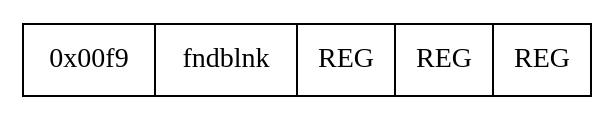
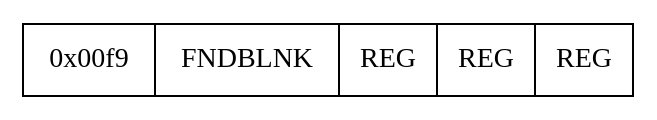
The diagram in docs/books/crexx_vm_spec/0x00f9.gv (adesutherland/CREXX), drawn with Graphviz before and after one commit. The commit also changed 528 other files, not shown here.

```diff
--- a/docs/books/crexx_vm_spec/0x00f9.gv
+++ b/docs/books/crexx_vm_spec/0x00f9.gv
@@ -1,4 +1,4 @@
 digraph regs {
 node[shape=record]
-struct1 [label="0x00f9|fndblnk    |   REG|REG|REG         "];
+struct1 [label="0x00f9|FNDBLNK    |   REG|REG|REG         "];
 }
```
